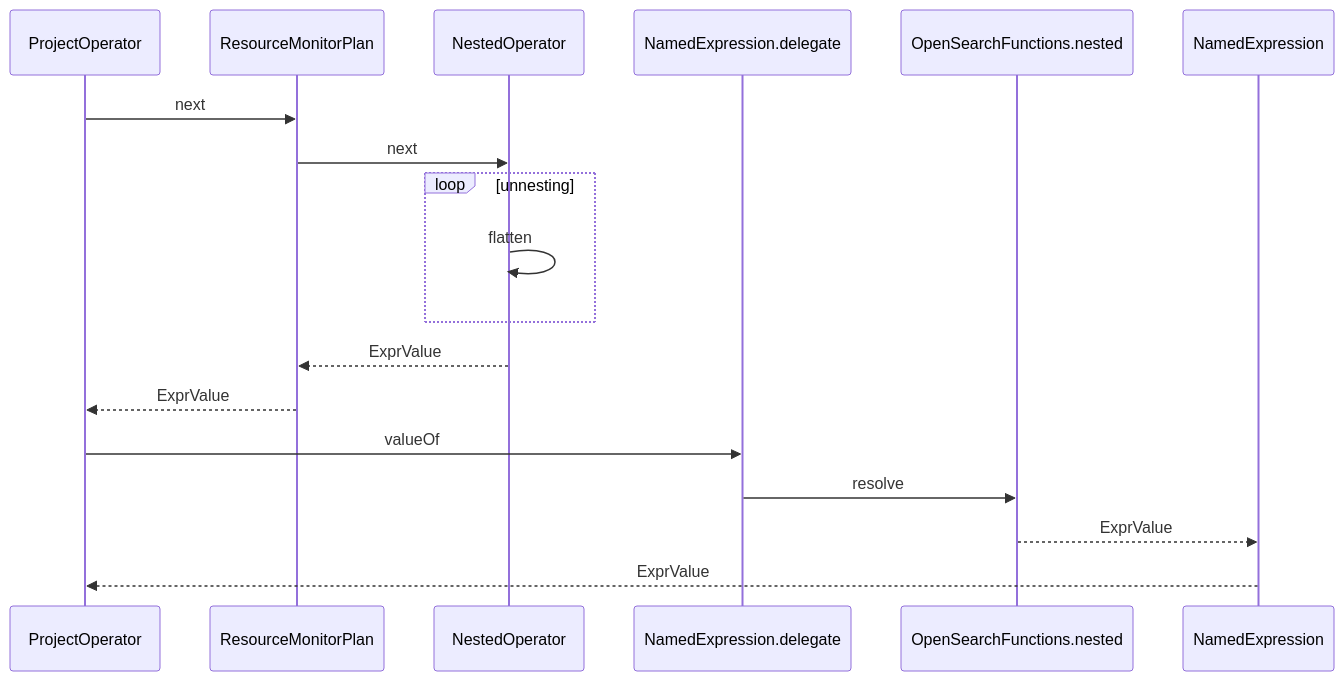
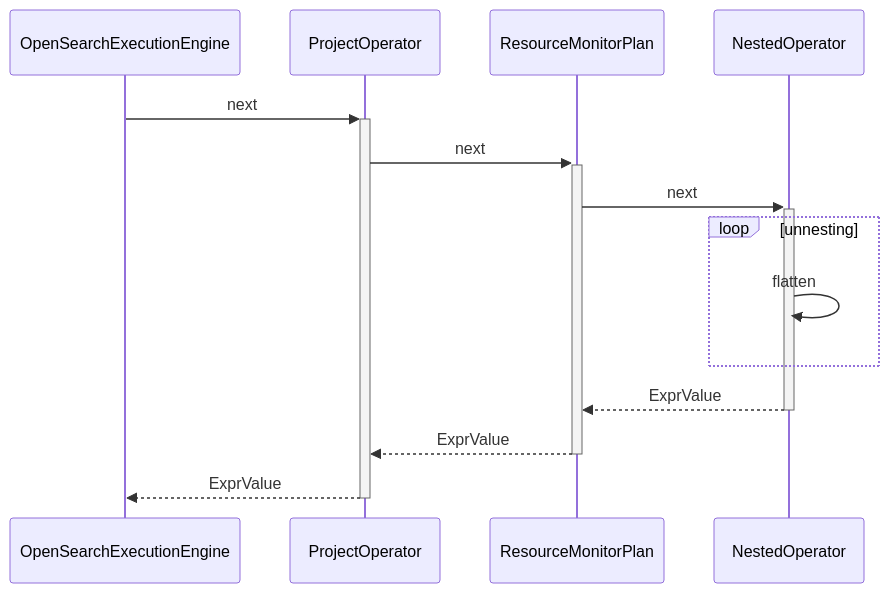
The third of 4 diagrams in docs/dev/sql-nested-function-select-clause.md (opensearch-project/sql), drawn with Mermaid before and after one commit. The commit also changed other lines of this file and 2 other files, not shown here.

Commit message:
Adding priorities, additional examples, cleaning up diagrams based on comments and adding table of contents.

````diff
--- a/docs/dev/sql-nested-function-select-clause.md
+++ b/docs/dev/sql-nested-function-select-clause.md
@@ -337,18 +405,14 @@
 ```mermaid
 sequenceDiagram
 
 %% Flattening
-ProjectOperator->>ResourceMonitorPlan:next
-  ResourceMonitorPlan->>NestedOperator:next
-    loop unnesting
-      NestedOperator->>NestedOperator:flatten
-    end
-  NestedOperator-->>ResourceMonitorPlan:ExprValue
-ResourceMonitorPlan-->>ProjectOperator:ExprValue
-
-%% Resolving
-ProjectOperator->>NamedExpression.delegate:valueOf
-  NamedExpression.delegate->>OpenSearchFunctions.nested:resolve
-  OpenSearchFunctions.nested-->>NamedExpression:ExprValue
-NamedExpression-->>ProjectOperator:ExprValue
+OpenSearchExecutionEngine->>+ProjectOperator:next
+  ProjectOperator->>+ResourceMonitorPlan:next
+    ResourceMonitorPlan->>+NestedOperator:next
+      loop unnesting
+        NestedOperator->>NestedOperator:flatten
+      end
+    NestedOperator-->>-ResourceMonitorPlan:ExprValue
+  ResourceMonitorPlan-->>-ProjectOperator:ExprValue
+ProjectOperator-->>-OpenSearchExecutionEngine:ExprValue
 ```
````
